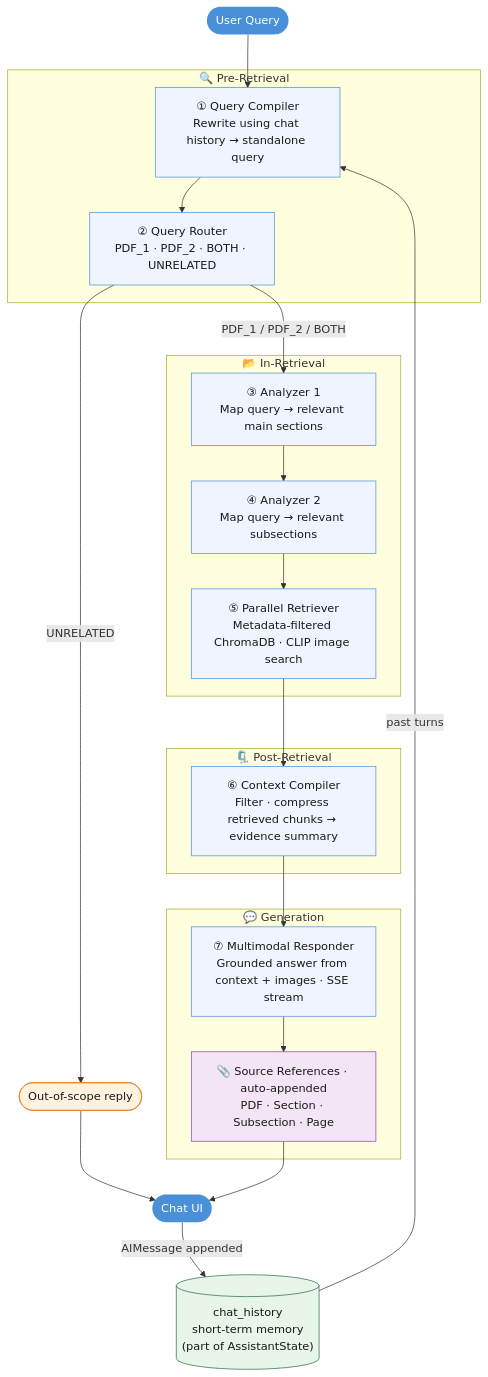
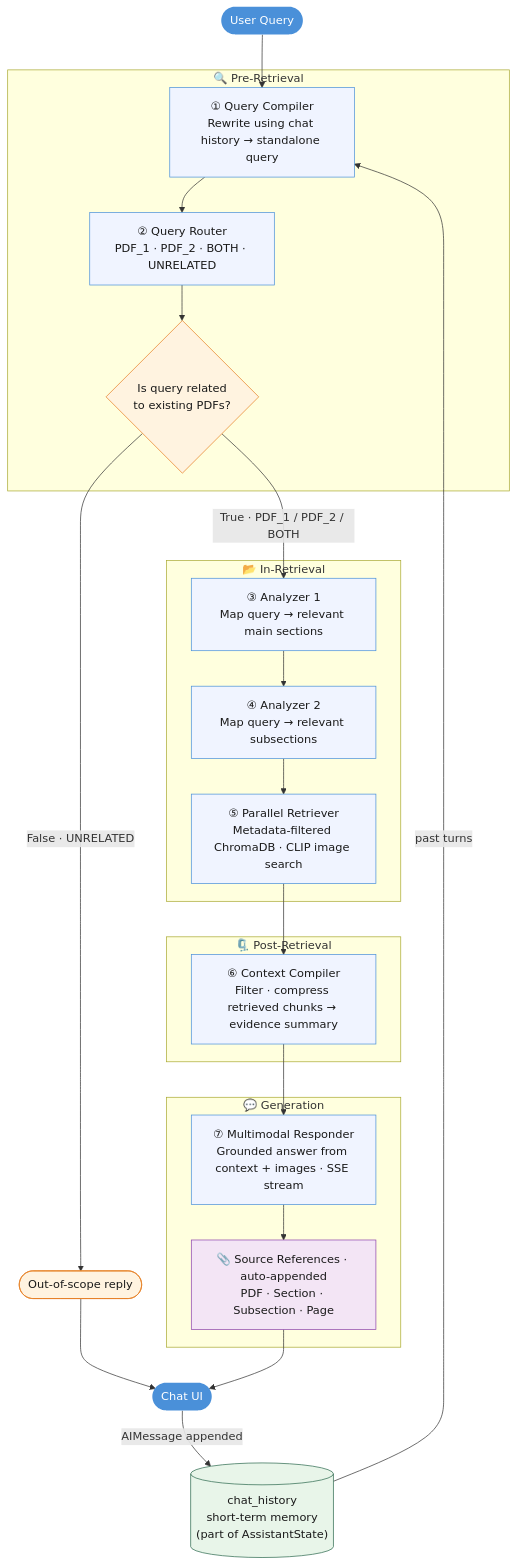
One commit to qing123777/multimodal-rag-pipeline changed the second of 2 diagrams in README.md. Above: the diagram before and after it, drawn with Mermaid.

````diff
--- a/README.md
+++ b/README.md
@@ -72,45 +72,47 @@
 ```mermaid
 flowchart TD
     classDef proc  fill:#f0f4ff,stroke:#4a90d9,color:#1a1a1a
     classDef store fill:#e8f5e9,stroke:#2d6a4f,color:#1a1a1a
     classDef src   fill:#4a90d9,color:#fff,stroke:none
     classDef ref   fill:#f3e5f5,stroke:#8e44ad,color:#1a1a1a
     classDef guard fill:#fff3e0,stroke:#e67e22,color:#1a1a1a
 
     U([User Query]):::src
     CH[("chat_history\nshort-term memory\n(part of AssistantState)")]:::store
 
     subgraph PRE["🔍 Pre-Retrieval"]
         A["① Query Compiler\nRewrite using chat history → standalone query"]:::proc
         B["② Query Router\nPDF_1 · PDF_2 · BOTH · UNRELATED"]:::proc
+        DEC{"Is query related\nto existing PDFs?"}:::guard
     end
 
     subgraph RET["📂 In-Retrieval"]
         C["③ Analyzer 1\nMap query → relevant main sections"]:::proc
         D["④ Analyzer 2\nMap query → relevant subsections"]:::proc
         E["⑤ Parallel Retriever\nMetadata-filtered ChromaDB · CLIP image search"]:::proc
     end
 
     subgraph POST["🗜️ Post-Retrieval"]
         F["⑥ Context Compiler\nFilter · compress retrieved chunks → evidence summary"]:::proc
     end
 
     subgraph GEN["💬 Generation"]
         G["⑦ Multimodal Responder\nGrounded answer from context + images · SSE stream"]:::proc
         R["📎 Source References · auto-appended\nPDF · Section · Subsection · Page"]:::ref
     end
 
     U --> A
     CH -->|past turns| A
     A --> B
-    B -->|UNRELATED| Z([Out-of-scope reply]):::guard
-    B -->|"PDF_1 / PDF_2 / BOTH"| C
+    B --> DEC
+    DEC -->|"True · PDF_1 / PDF_2 / BOTH"| C
+    DEC -->|"False · UNRELATED"| Z([Out-of-scope reply]):::guard
     Z --> H
     C --> D
     D --> E
     E --> F
     F --> G
     G --> R
     R --> H([Chat UI]):::src
     H -->|AIMessage appended| CH
 ```
````
